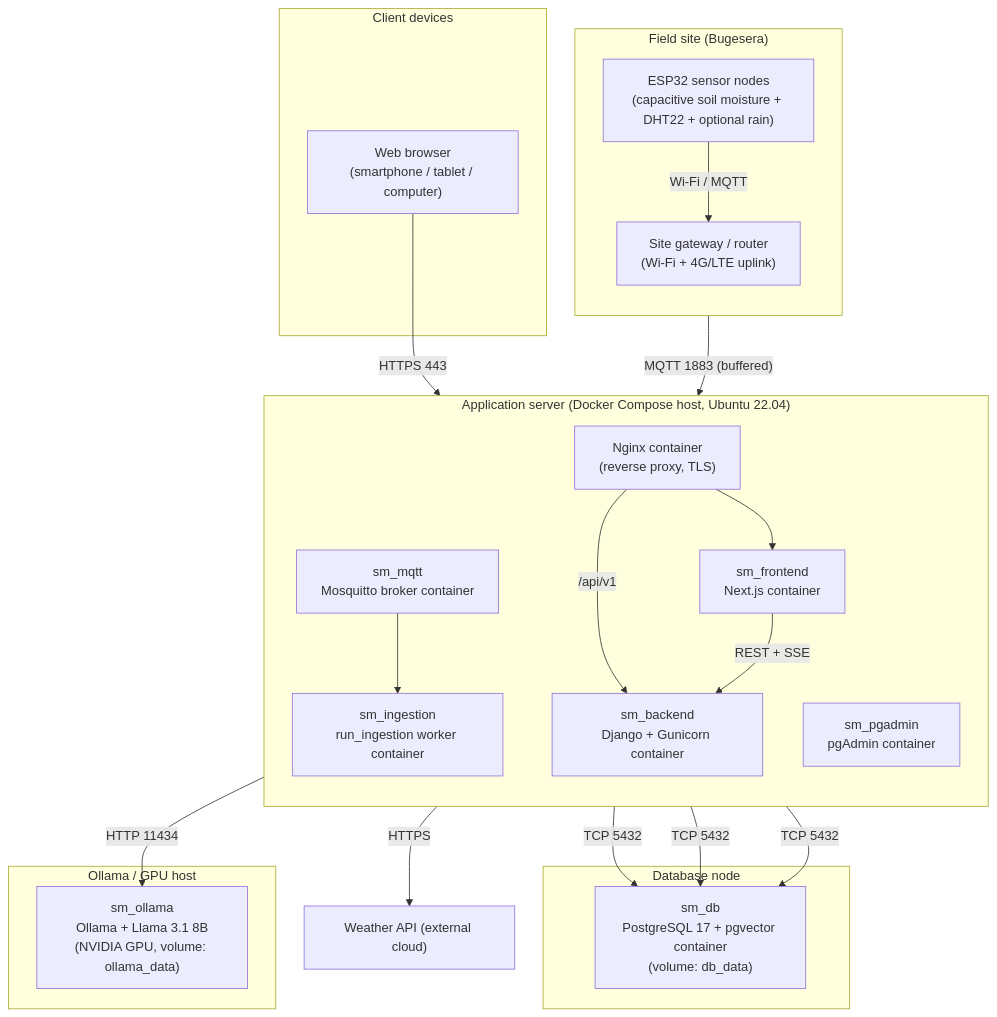
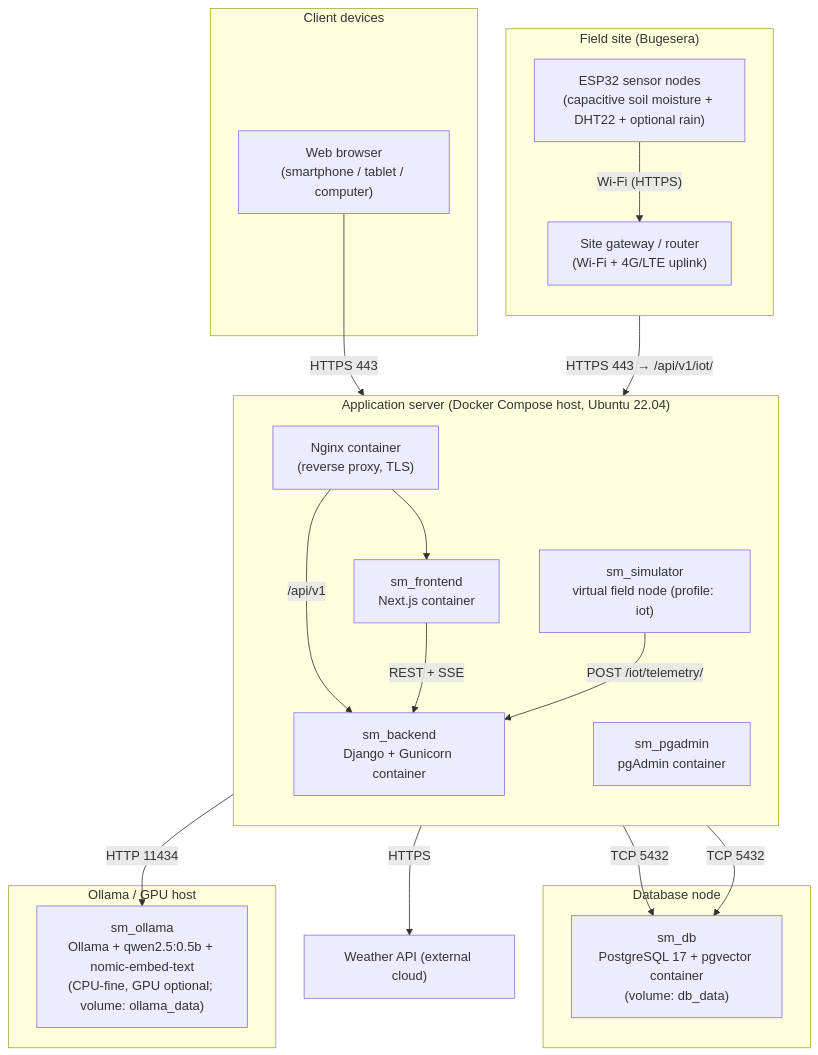
The diagram in docs/diagrams/deployment.md (pac-cee/smartmurima), drawn with Mermaid before and after one commit. The commit also changed other lines of this file and 87 other files, not shown here.

````diff
--- a/docs/diagrams/deployment.md
+++ b/docs/diagrams/deployment.md
@@ -9,45 +9,43 @@
 ```mermaid
 flowchart TB
     subgraph FIELD["Field site (Bugesera)"]
         direction TB
         NODES["ESP32 sensor nodes<br/>(capacitive soil moisture + DHT22 + optional rain)"]
         GW["Site gateway / router<br/>(Wi-Fi + 4G/LTE uplink)"]
-        NODES -->|"Wi-Fi / MQTT"| GW
+        NODES -->|"Wi-Fi (HTTPS)"| GW
     end
 
     subgraph CLIENT["Client devices"]
         BROWSER["Web browser<br/>(smartphone / tablet / computer)"]
     end
 
     subgraph SERVER["Application server (Docker Compose host, Ubuntu 22.04)"]
         direction TB
         NGINX["Nginx container<br/>(reverse proxy, TLS)"]
         FE["sm_frontend<br/>Next.js container"]
         BE["sm_backend<br/>Django + Gunicorn container"]
-        ING["sm_ingestion<br/>run_ingestion worker container"]
-        MQTT["sm_mqtt<br/>Mosquitto broker container"]
+        SIM["sm_simulator<br/>virtual field node (profile: iot)"]
         PGADMIN["sm_pgadmin<br/>pgAdmin container"]
     end
 
     subgraph DBNODE["Database node"]
         DB["sm_db<br/>PostgreSQL 17 + pgvector container<br/>(volume: db_data)"]
     end
 
     subgraph GPUHOST["Ollama / GPU host"]
-        OLLAMA["sm_ollama<br/>Ollama + Llama 3.1 8B<br/>(NVIDIA GPU, volume: ollama_data)"]
+        OLLAMA["sm_ollama<br/>Ollama + qwen2.5:0.5b + nomic-embed-text<br/>(CPU-fine, GPU optional; volume: ollama_data)"]
     end
 
     WAPI["Weather API (external cloud)"]
 
-    GW -->|"MQTT 1883 (buffered)"| MQTT
-    MQTT --> ING
+    GW -->|"HTTPS 443 → /api/v1/iot/"| NGINX
     BROWSER -->|"HTTPS 443"| NGINX
     NGINX --> FE
     NGINX -->|"/api/v1"| BE
     FE -->|"REST + SSE"| BE
-    ING -->|"TCP 5432"| DB
+    SIM -->|"POST /iot/telemetry/"| BE
     BE -->|"TCP 5432"| DB
     PGADMIN -->|"TCP 5432"| DB
     BE -->|"HTTP 11434"| OLLAMA
     BE -->|"HTTPS"| WAPI
 ```
````
